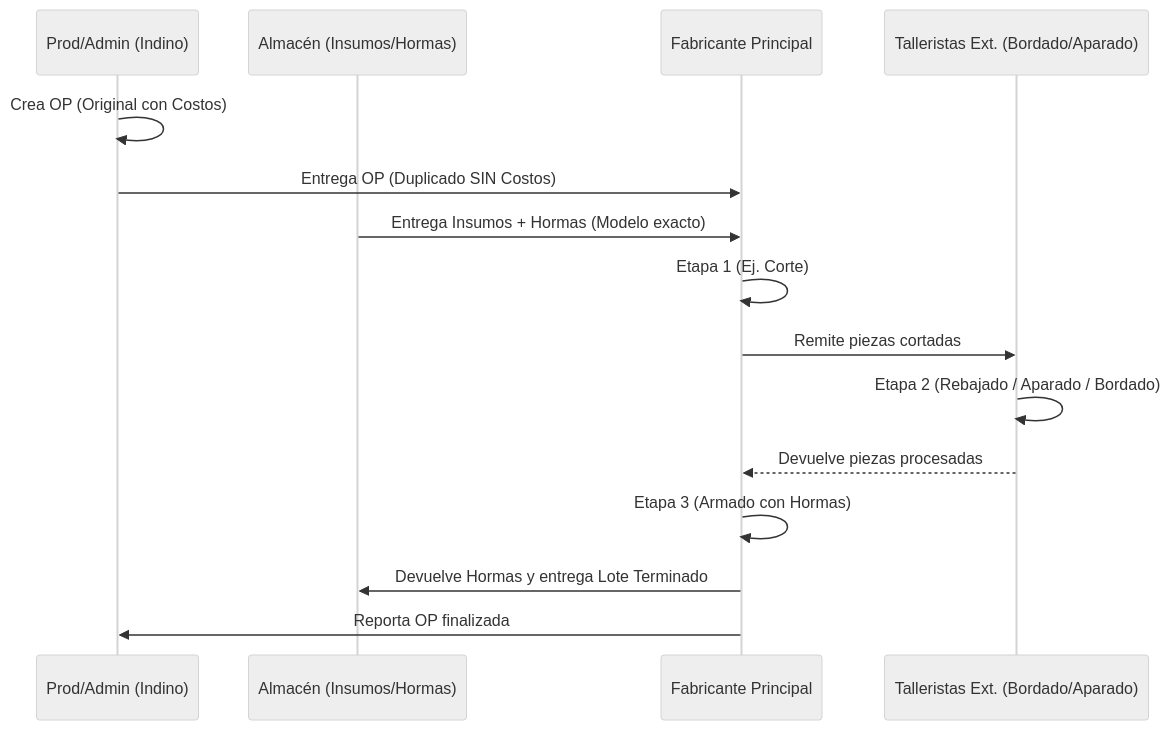
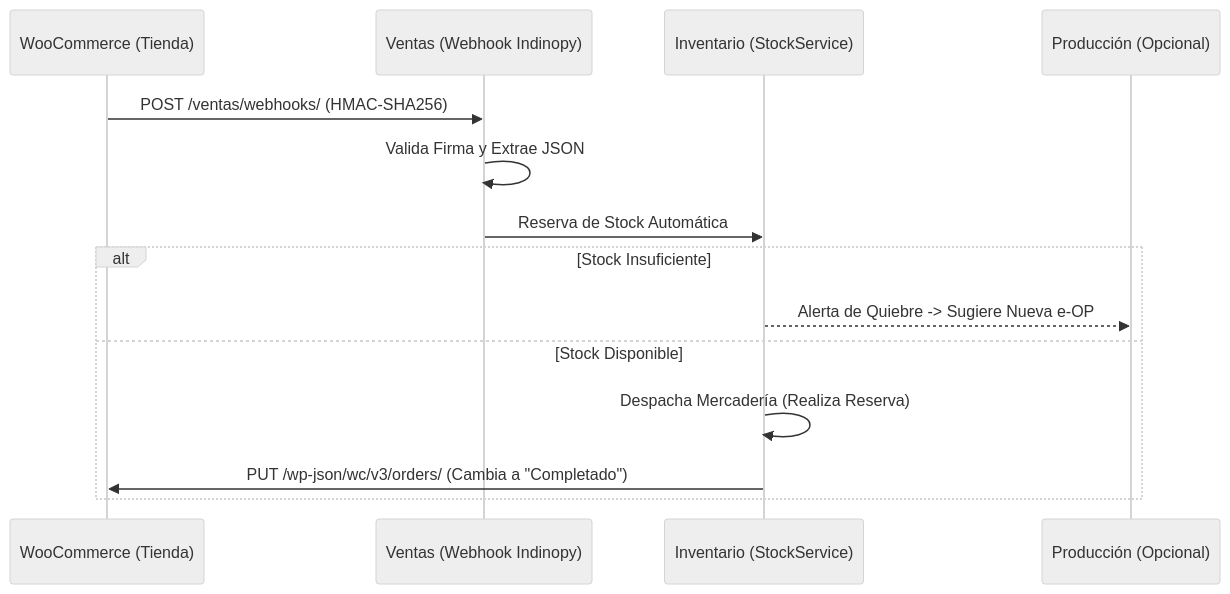
Before and after one commit to sarthouse/indinopy: the second of 3 diagrams in docs/flujos_documentales_indino.md, drawn with Mermaid (neutral theme). The commit also changed other lines of this file and 20 other files, not shown here.

````diff
--- a/docs/flujos_documentales_indino.md
+++ b/docs/flujos_documentales_indino.md
@@ -68,18 +69,18 @@
 ```mermaid
 sequenceDiagram
-    participant Adm as Prod/Admin (Indino)
-    participant A as Almacén (Insumos/Hormas)
-    participant F as Fabricante Principal
-    participant T as Talleristas Ext. (Bordado/Aparado)
+    participant W as WooCommerce (Tienda)
+    participant V as Ventas (Webhook Indinopy)
+    participant I as Inventario (StockService)
+    participant P as Producción (Opcional)
 
-    Adm->>Adm: Crea OP (Original con Costos)
-    Adm->>F: Entrega OP (Duplicado SIN Costos)
-    A->>F: Entrega Insumos + Hormas (Modelo exacto)
-    F->>F: Etapa 1 (Ej. Corte)
-    F->>T: Remite piezas cortadas
-    T->>T: Etapa 2 (Rebajado / Aparado / Bordado)
-    T-->>F: Devuelve piezas procesadas
-    F->>F: Etapa 3 (Armado con Hormas)
-    F->>A: Devuelve Hormas y entrega Lote Terminado
-    F->>Adm: Reporta OP finalizada
+    W->>V: POST /ventas/webhooks/ (HMAC-SHA256)
+    V->>V: Valida Firma y Extrae JSON
+    V->>I: Reserva de Stock Automática
+    
+    alt Stock Insuficiente
+        I-->>P: Alerta de Quiebre -> Sugiere Nueva e-OP
+    else Stock Disponible
+        I->>I: Despacha Mercadería (Realiza Reserva)
+        I->>W: PUT /wp-json/wc/v3/orders/ (Cambia a "Completado")
+    end
 ```
````
